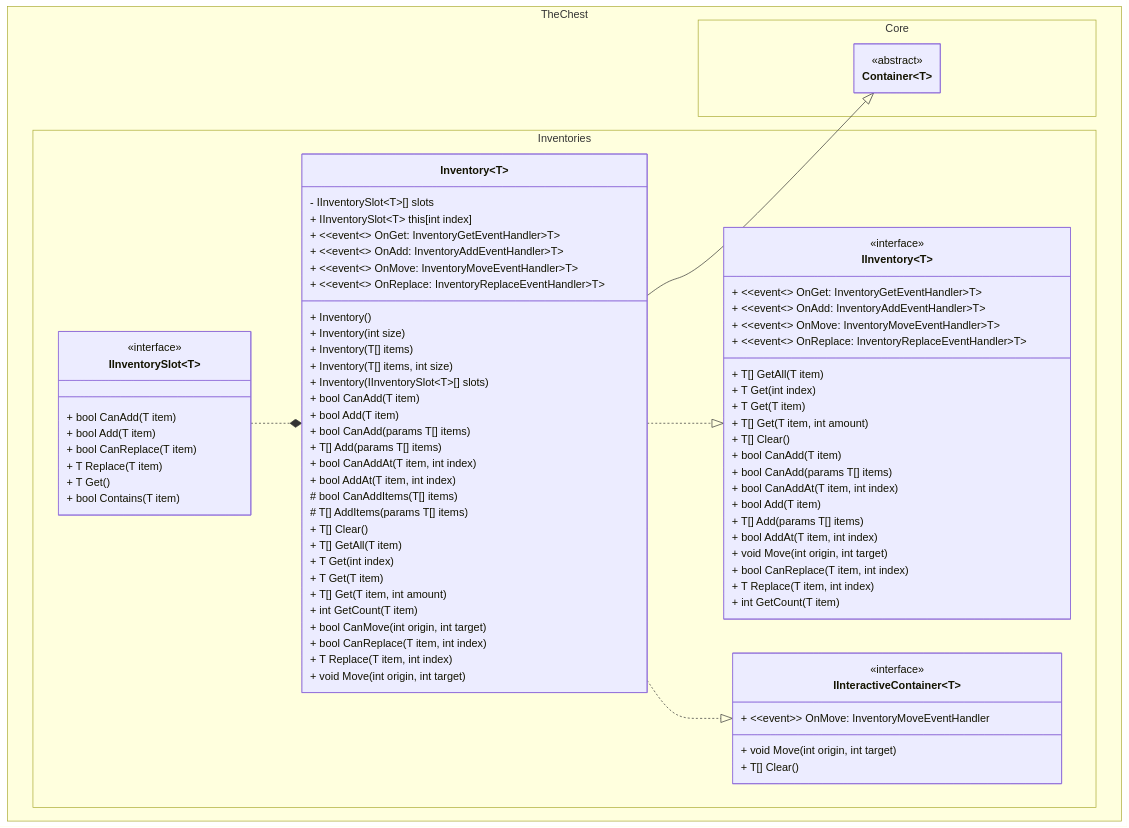
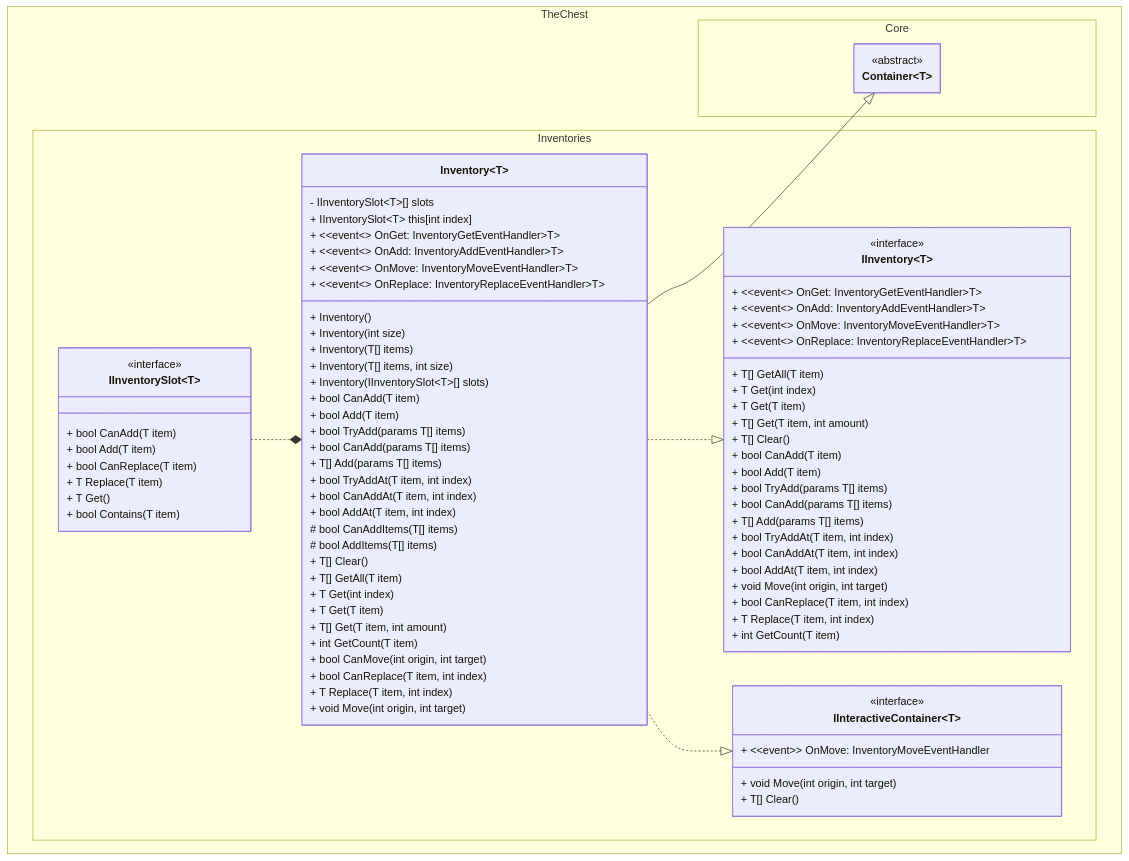
Before and after one commit to The-Chest/TheChest.Inventories: the first of 2 diagrams in docs/inventory/class_diagram.md, drawn with Mermaid. The commit also changed 31 other files, not shown here.

```diff
--- a/docs/inventory/class_diagram.md
+++ b/docs/inventory/class_diagram.md
@@ -30,11 +30,14 @@
 	        + T[] Clear()
 
 	        + bool CanAdd(T item)
+	        + bool Add(T item)
+
+			+ bool TryAdd(params T[] items)
 	        + bool CanAdd(params T[] items)
+	        + T[] Add(params T[] items)
+
+			+ bool TryAddAt(T item, int index)
 	        + bool CanAddAt(T item, int index)
-
-	        + bool Add(T item)
-	        + T[] Add(params T[] items)
 	        + bool AddAt(T item, int index)
 
 	        + void Move(int origin, int target)
@@ -72,14 +75,16 @@
 	        + bool CanAdd(T item)
 	        + bool Add(T item)
 
+			+ bool TryAdd(params T[] items)
 	        + bool CanAdd(params T[] items)
-            + T[] Add(params T[] items)
+	        + T[] Add(params T[] items)
 
+			+ bool TryAddAt(T item, int index)
 	        + bool CanAddAt(T item, int index)
 	        + bool AddAt(T item, int index)
 
             # bool CanAddItems(T[] items)
-            # T[] AddItems(params T[] items)
+			# bool AddItems(T[] items)
 
 	        + T[] Clear()
 
```
